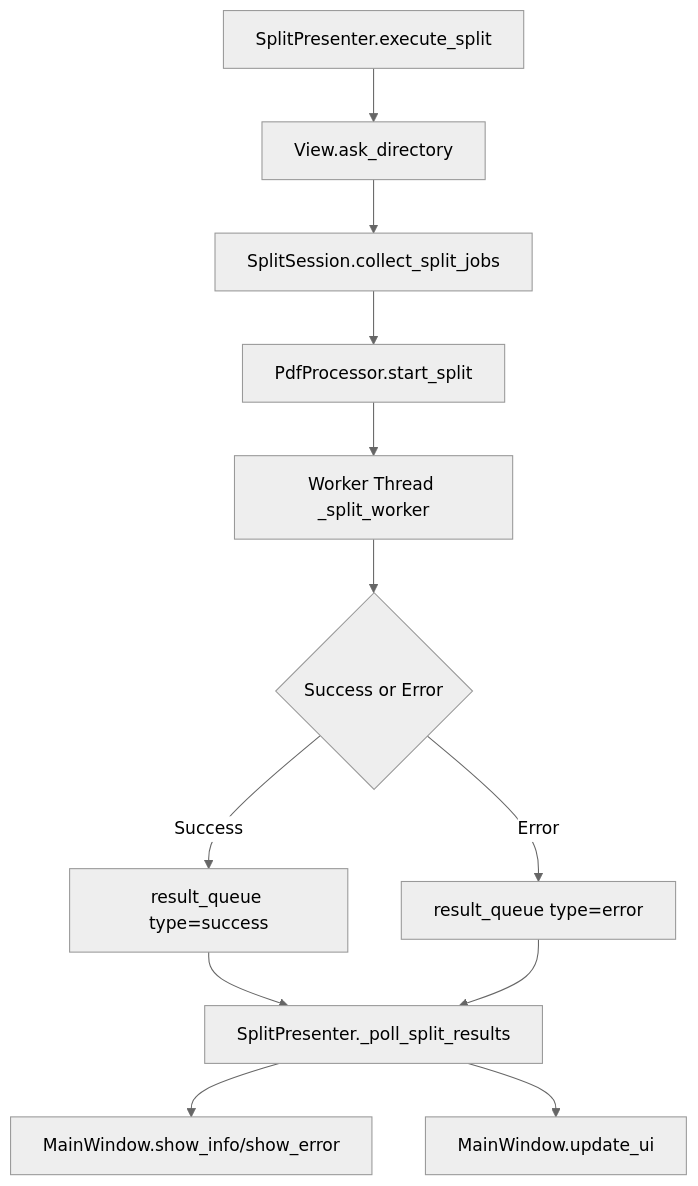
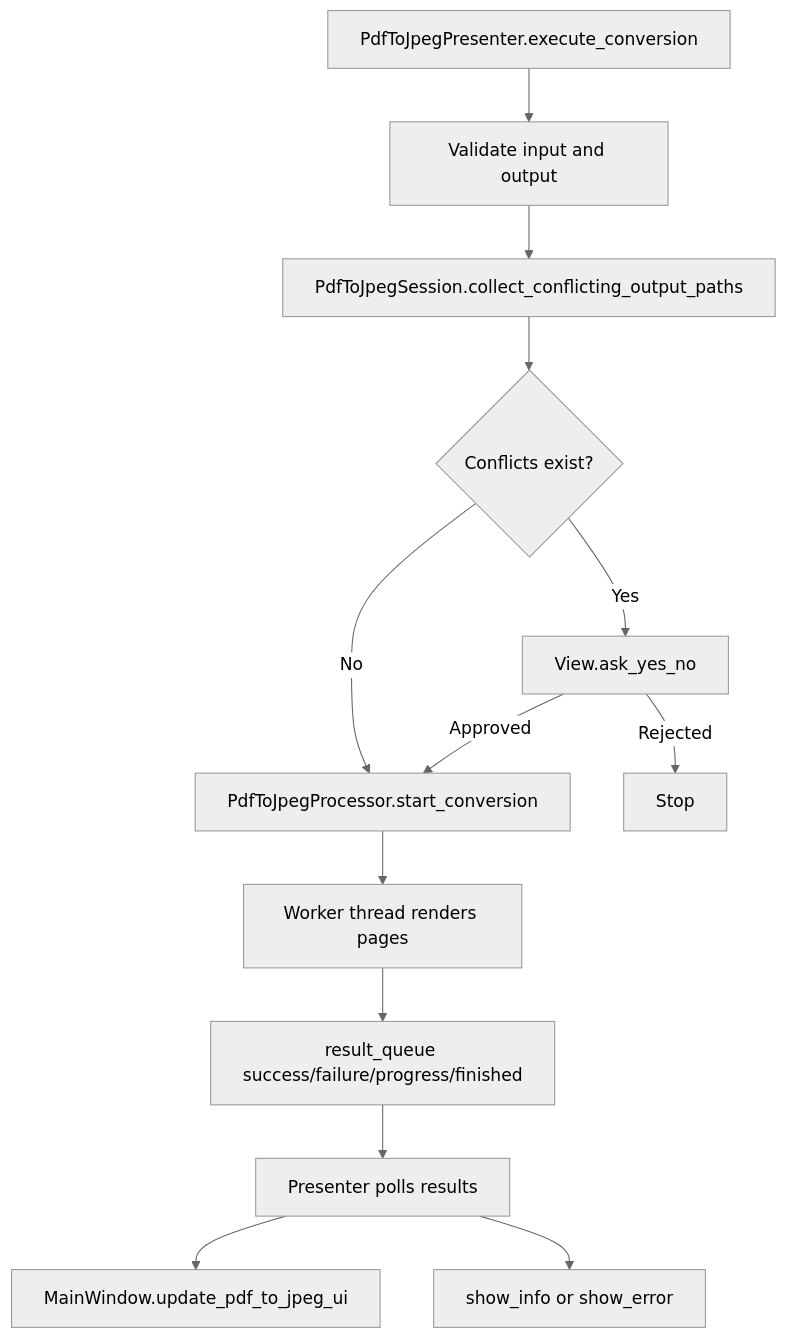
One commit to sho-kawasaki-dd/pdf_toolbox changed the second of 3 diagrams in docs/developer-architecture.md. Above: the diagram before and after it, drawn with Mermaid (neutral theme). The commit also changed other lines of this file and 25 other files, not shown here.

````diff
--- a/docs/developer-architecture.md
+++ b/docs/developer-architecture.md
@@ -184,14 +199,15 @@
 ```mermaid
 flowchart TD
-  A[SplitPresenter.execute_split] --> B[View.ask_directory]
-    B --> C[SplitSession.collect_split_jobs]
-    C --> D[PdfProcessor.start_split]
-    D --> E[Worker Thread _split_worker]
-    E --> F{Success or Error}
-    F -->|Success| G[result_queue type=success]
-    F -->|Error| H[result_queue type=error]
-  G --> I[SplitPresenter._poll_split_results]
-    H --> I
-    I --> J[MainWindow.show_info/show_error]
-    I --> K[MainWindow.update_ui]
+  A[PdfToJpegPresenter.execute_conversion] --> B[Validate input and output]
+  B --> C[PdfToJpegSession.collect_conflicting_output_paths]
+  C --> D{Conflicts exist?}
+  D -->|Yes| E[View.ask_yes_no]
+  D -->|No| F[PdfToJpegProcessor.start_conversion]
+  E -->|Approved| F
+  E -->|Rejected| G[Stop]
+  F --> H[Worker thread renders pages]
+  H --> I[result_queue success/failure/progress/finished]
+  I --> J[Presenter polls results]
+  J --> K[MainWindow.update_pdf_to_jpeg_ui]
+  J --> L[show_info or show_error]
 ```
````
